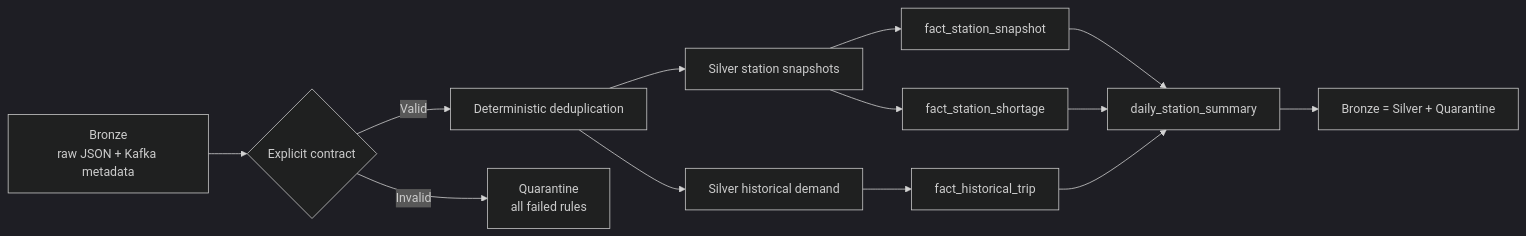
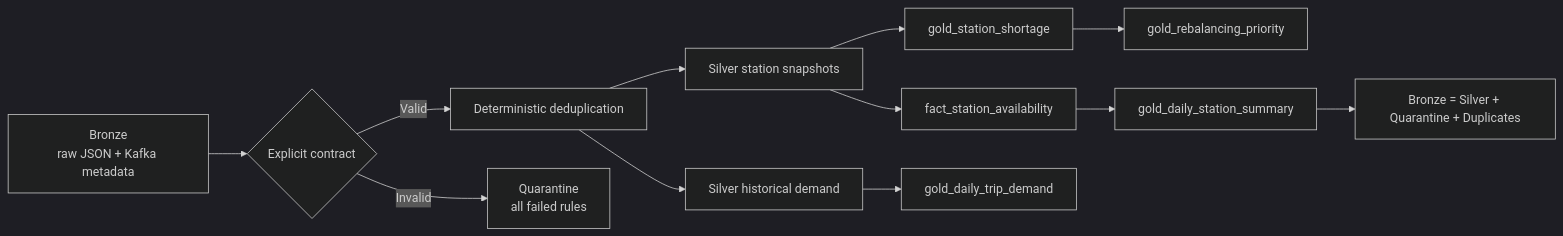
One commit to BadalovP/Databricks-Academy-Lakehouse changed the third of 5 diagrams in Demos/Demo3/README.md. Above: the diagram before and after it, drawn with Mermaid (dark theme). The commit also changed other lines of this file and 24 other files, not shown here.

````diff
--- a/Demos/Demo3/README.md
+++ b/Demos/Demo3/README.md
@@ -134,15 +135,14 @@
 ```mermaid
 flowchart LR
     RAW["Bronze<br/>raw JSON + Kafka metadata"] --> CONTRACT{"Explicit contract"}
     CONTRACT -->|Valid| DEDUPE["Deterministic deduplication"]
     CONTRACT -->|Invalid| Q["Quarantine<br/>all failed rules"]
     DEDUPE --> S1["Silver station snapshots"]
     DEDUPE --> S2["Silver historical demand"]
-    S1 --> G1["fact_station_snapshot"]
-    S1 --> G2["fact_station_shortage"]
-    S2 --> G3["fact_historical_trip"]
-    G1 --> DAILY["daily_station_summary"]
-    G2 --> DAILY
-    G3 --> DAILY
-    DAILY --> CHECK["Bronze = Silver + Quarantine"]
+    S1 --> G1["fact_station_availability"]
+    S1 --> G2["gold_station_shortage"]
+    G2 --> PRIORITY["gold_rebalancing_priority"]
+    S2 --> G3["gold_daily_trip_demand"]
+    G1 --> DAILY["gold_daily_station_summary"]
+    DAILY --> CHECK["Bronze = Silver + Quarantine + Duplicates"]
 ```
````
